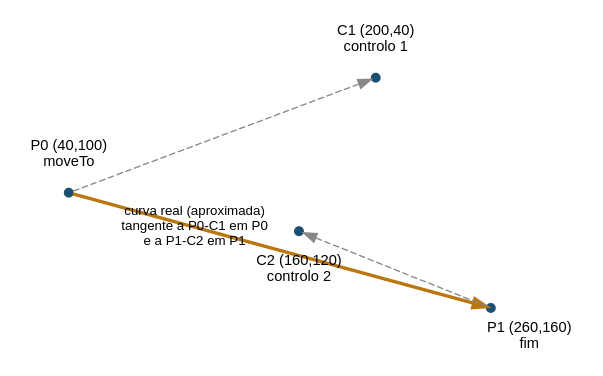
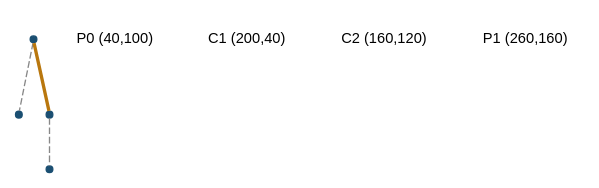
The diagram in TecnologiasWeb/figuras/apis_curva_bezier.dot (GoncaloAS/FCUP_1S_3A), drawn with Graphviz before and after one commit. The commit also changed 58 other files, not shown here.

Commit message:
new architecture for token usage reduction

```diff
--- a/TecnologiasWeb/figuras/apis_curva_bezier.dot
+++ b/TecnologiasWeb/figuras/apis_curva_bezier.dot
@@ -1,22 +1,14 @@
+// compilar com: neato -n2 -Tpdf apis_curva_bezier.dot -o apis_curva_bezier.pdf
 digraph CurvaBezier {
-  layout=neato;
-  fontname="Helvetica";
-  node [fontname="Helvetica", fontsize=11, shape=point, width=0.09, color="#1B4F72"];
-  edge [fontname="Helvetica", fontsize=10];
-
-  P0 [pos="0.8,-2.0!"];
-  C1 [pos="4.0,-0.8!"];
-  C2 [pos="3.2,-2.4!"];
-  P1 [pos="5.2,-3.2!"];
-
-  P0lbl [shape=plaintext, pos="0.8,-1.6!", label="P0 (40,100)\nmoveTo"];
-  C1lbl [shape=plaintext, pos="4.0,-0.4!", label="C1 (200,40)\ncontrolo 1"];
-  C2lbl [shape=plaintext, pos="3.2,-2.8!", label="C2 (160,120)\ncontrolo 2"];
-  P1lbl [shape=plaintext, pos="5.6,-3.5!", label="P1 (260,160)\nfim"];
-
-  P0 -> C1 [style=dashed, color="#888888"];
-  P1 -> C2 [style=dashed, color="#888888"];
-
-  P0 -> P1 [color="#B9770E", penwidth=2.5,
-    label="curva real (aproximada)\ntangente a P0-C1 em P0\ne a P1-C2 em P1"];
+  // neato -n2: posições em pontos; a curva usa os pontos de controlo reais
+  node [fontname="Helvetica", fontsize=11, shape=point, width=0.07, color="#1B4F72", label=""];
+  edge [arrowhead=none];
+  P0 [pos="40.0,100.0"]; C1 [pos="200.0,160.0"]; C2 [pos="160.0,80.0"]; P1 [pos="260.0,40.0"];
+  l0 [shape=plaintext, width=0, pos="40.0,85.0", label="P0 (40,100)"];
+  l1 [shape=plaintext, width=0, pos="200.0,172.0", label="C1 (200,40)"];
+  l2 [shape=plaintext, width=0, pos="160.0,66.0", label="C2 (160,120)"];
+  l3 [shape=plaintext, width=0, pos="260.0,26.0", label="P1 (260,160)"];
+  P0 -> C1 [style=dashed, color="#888888", pos="40.0,100.0 40.0,100.0 200.0,160.0 200.0,160.0"];
+  P1 -> C2 [style=dashed, color="#888888", pos="260.0,40.0 260.0,40.0 160.0,80.0 160.0,80.0"];
+  P0 -> P1 [color="#B9770E", penwidth=2.5, pos="40.0,100.0 200.0,160.0 160.0,80.0 260.0,40.0"];
 }
```
